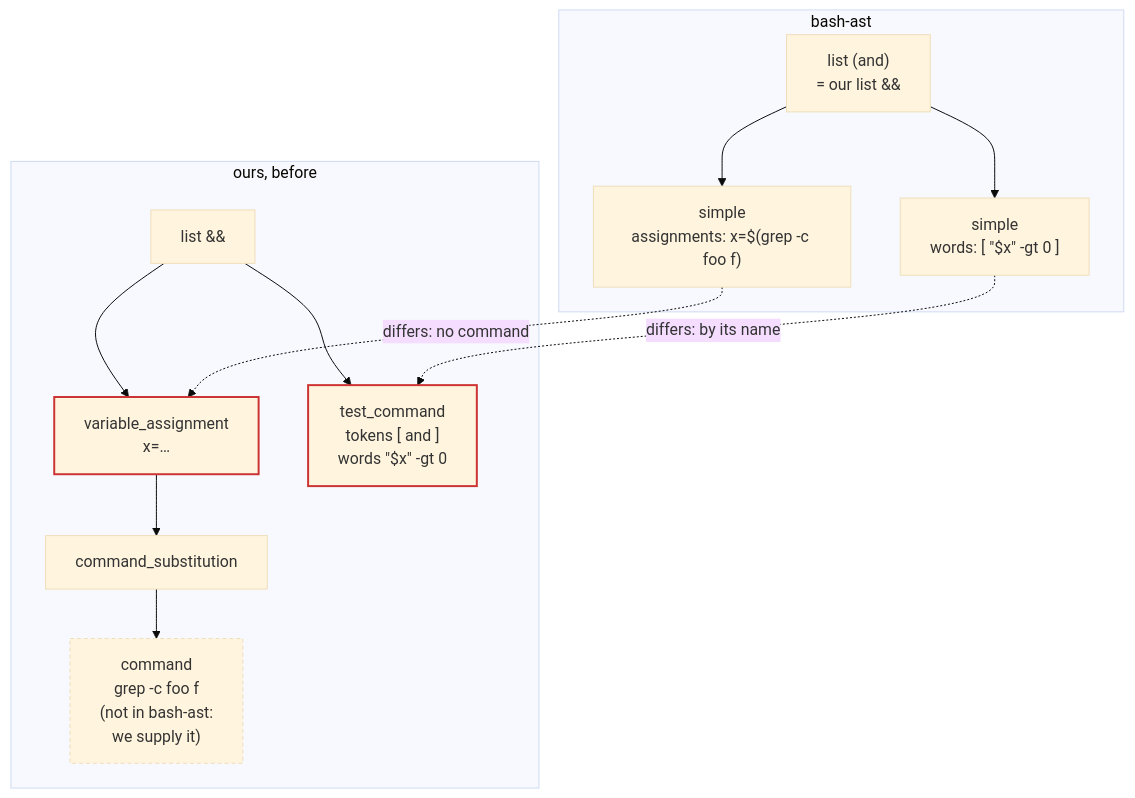
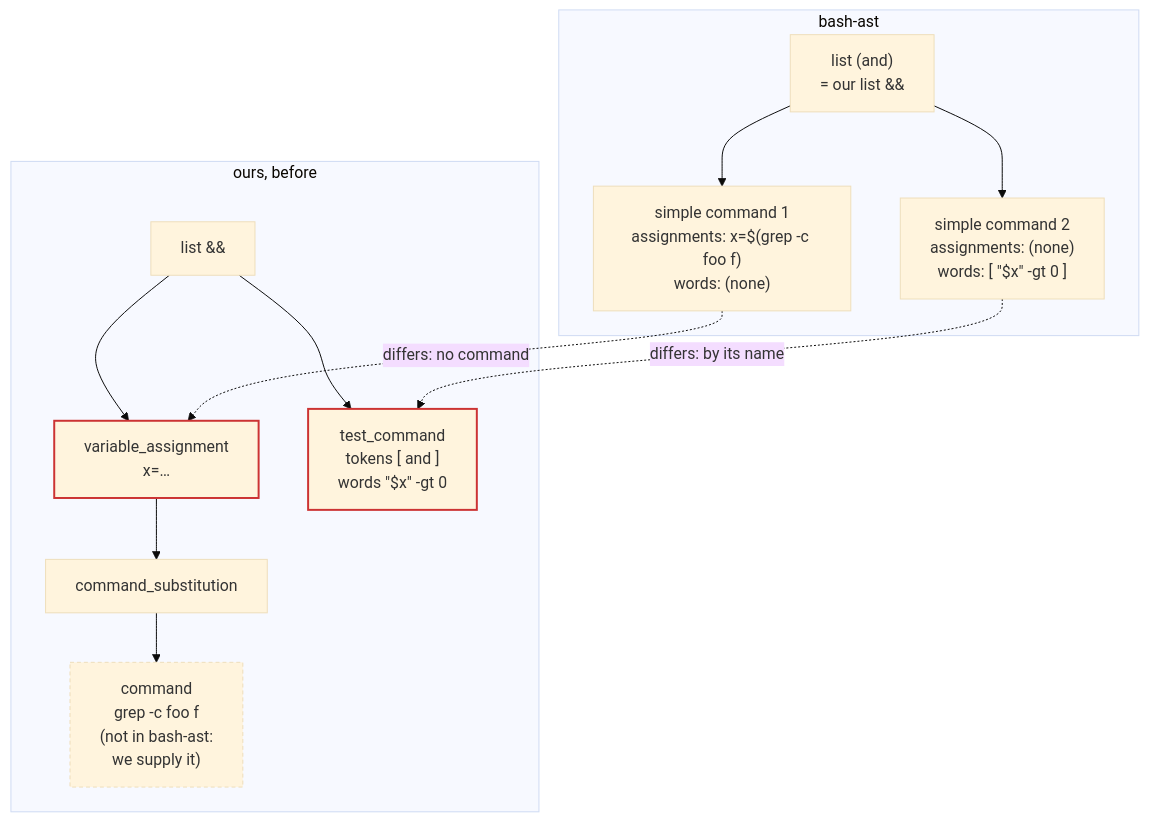
One commit to sf624/bash-explainer changed the first of 3 diagrams in docs/design/syntax-tree.md. Above: the diagram before and after it, drawn with Mermaid (base theme). The commit also changed other lines of this file, not shown here.

Commit message:
Design: label bash-ast's two simple commands with both of their fields

````diff
--- a/docs/design/syntax-tree.md
+++ b/docs/design/syntax-tree.md
@@ -195,19 +195,19 @@
 ```mermaid
 flowchart TB
   subgraph bash["bash-ast"]
-    A1["list (and)<br/>= our list #amp;#amp;"] --> A2["simple<br/>assignments: x=$(grep -c foo f)"]
-    A1 --> A3["simple<br/>words: [ #quot;$x#quot; -gt 0 ]"]
+    A1["list (and)<br/>= our list #amp;#amp;"] --> A2["simple command 1<br/>assignments: x=$(grep -c foo f)<br/>words: (none)"]
+    A1 --> A3["simple command 2<br/>assignments: (none)<br/>words: [ #quot;$x#quot; -gt 0 ]"]
   end
   subgraph before["ours, before"]
     B1["list #amp;#amp;"] --> B2["variable_assignment<br/>x=…"]
     B2 --> B3["command_substitution"]
     B3 --> B4["command<br/>grep -c foo f<br/>(not in bash-ast:<br/>we supply it)"]
     B1 --> B5["test_command<br/>tokens [ and ]<br/>words #quot;$x#quot; -gt 0"]
   end
   A2 -. "differs: no command" .-> B2
   A3 -. "differs: by its name" .-> B5
   classDef differs stroke:#c33,stroke-width:2px
   classDef supplied stroke-dasharray:4 3
   class B2,B5 differs
   class B4 supplied
 ```
````
